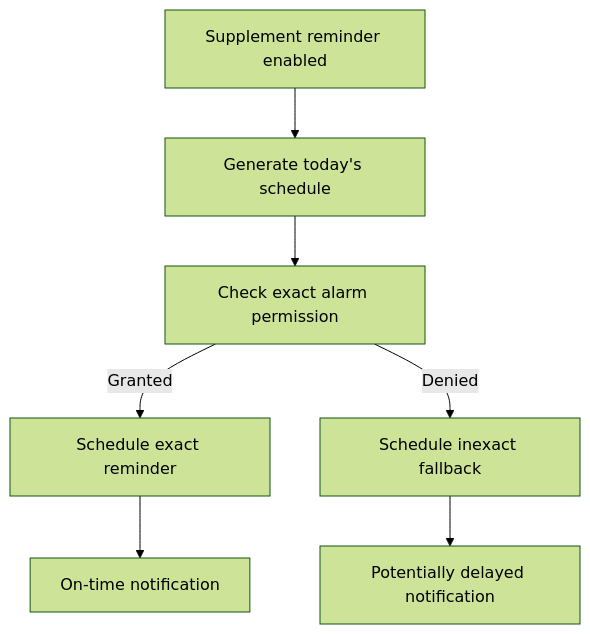
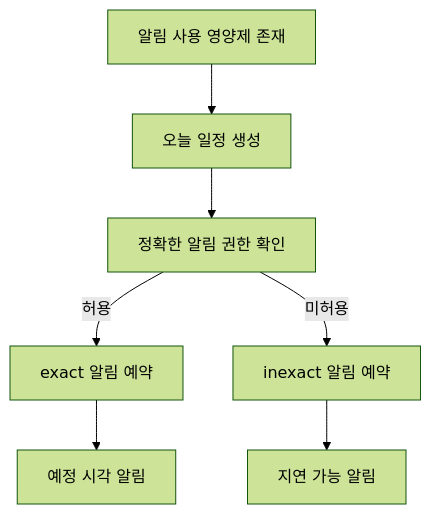
One commit to Jiyeong-kor/supplement_routine changed the sixth of 6 diagrams in docs/user_flow.md. Above: the diagram before and after it, drawn with Mermaid (forest theme). The commit also changed other lines of this file and 17 other files, not shown here.

````diff
--- a/docs/user_flow.md
+++ b/docs/user_flow.md
@@ -80,9 +80,9 @@
 ```mermaid
 flowchart TD
-    A["Supplement reminder enabled"] --> B["Generate today's schedule"]
-    B --> C["Check exact alarm permission"]
-    C -->|Granted| D["Schedule exact reminder"]
-    C -->|Denied| E["Schedule inexact fallback"]
-    D --> F["On-time notification"]
-    E --> G["Potentially delayed notification"]
+    A["알림 사용 영양제 존재"] --> B["오늘 일정 생성"]
+    B --> C["정확한 알림 권한 확인"]
+    C -->|허용| D["exact 알림 예약"]
+    C -->|미허용| E["inexact 알림 예약"]
+    D --> F["예정 시각 알림"]
+    E --> G["지연 가능 알림"]
 ```
````
